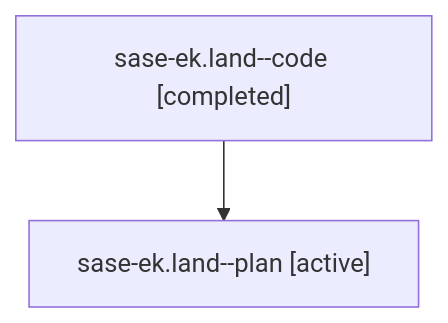
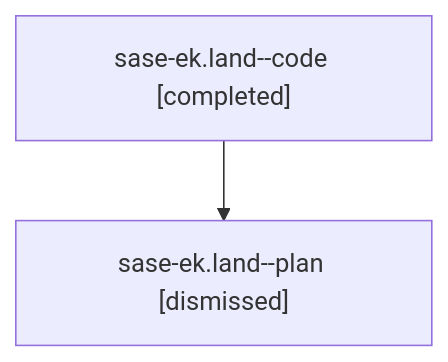
Before and after one commit to sase-org/sase--agents: the diagram in sessions/bbugyi200.athena.sase-ek.land.md, drawn with Mermaid. The commit also changed other lines of this file and 60 other files, not shown here.

````diff
--- a/sessions/bbugyi200.athena.sase-ek.land.md
+++ b/sessions/bbugyi200.athena.sase-ek.land.md
@@ -9,6 +9,6 @@
 ```mermaid
 flowchart TD
   n0["sase-ek.land--code [completed]"]
-  n1["sase-ek.land--plan [active]"]
+  n1["sase-ek.land--plan [dismissed]"]
   n0 --> n1
 ```
````
